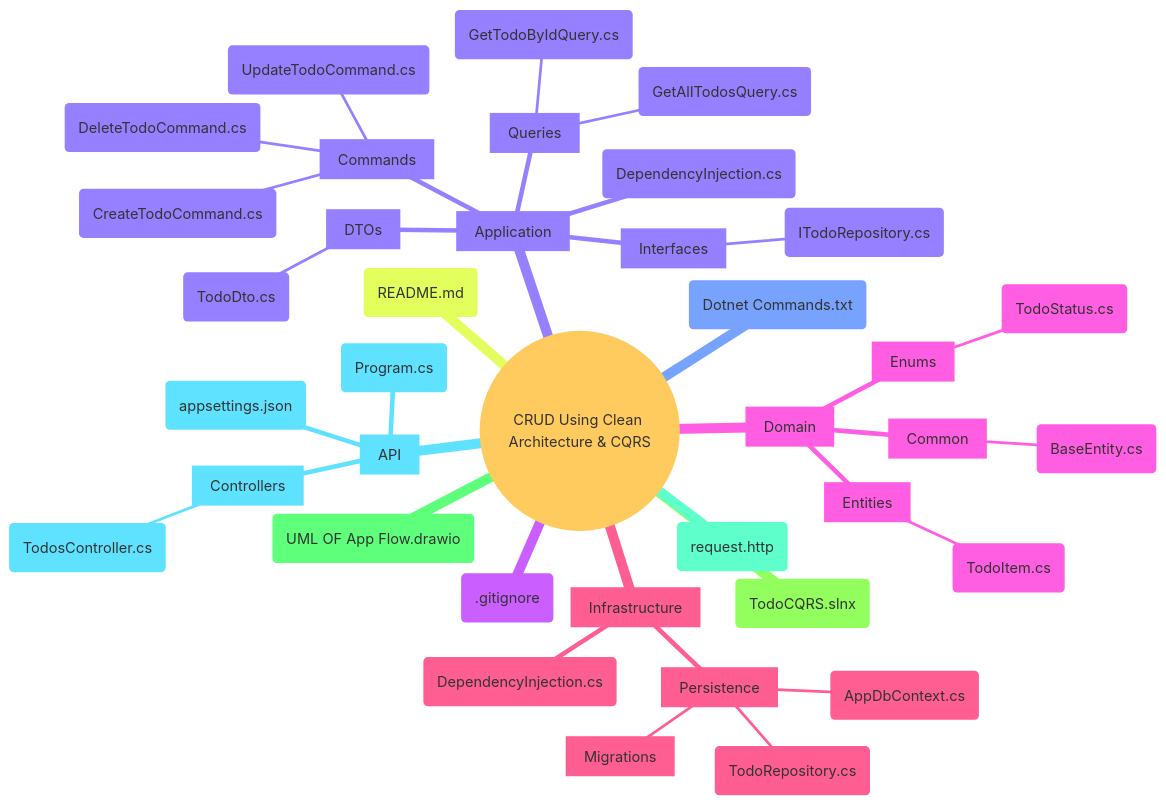
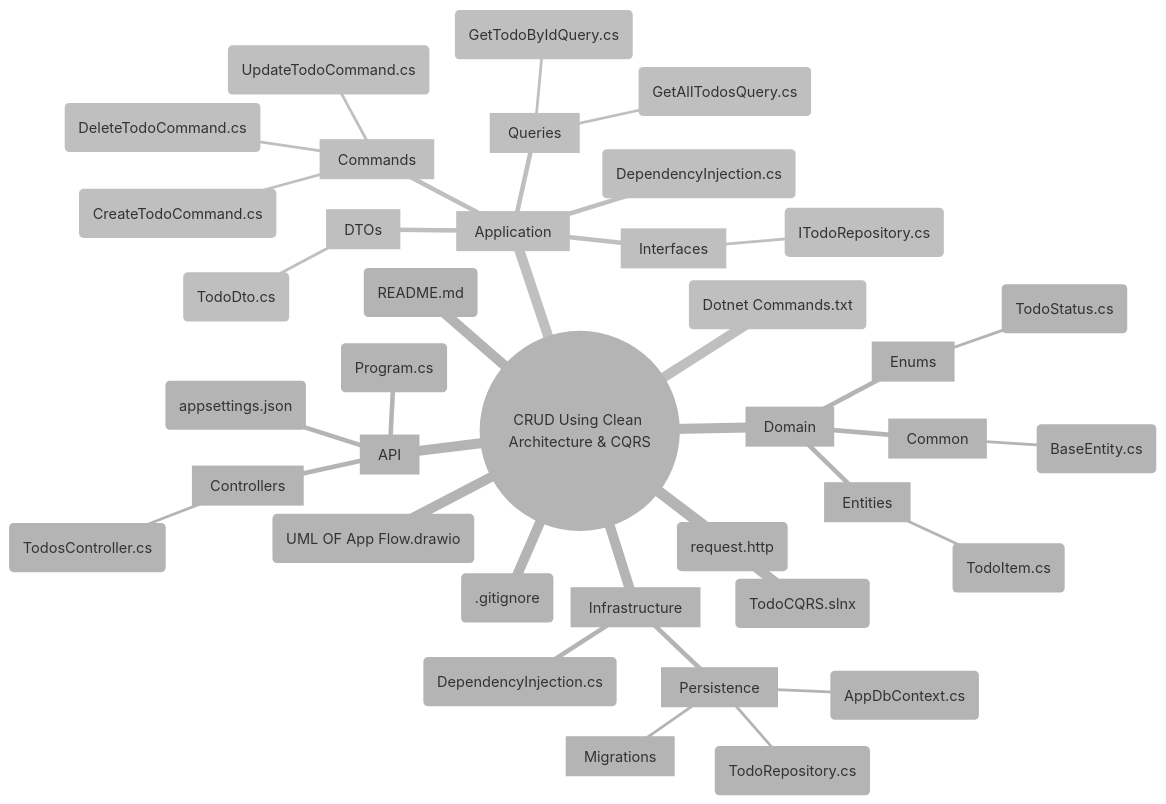
The diagram in README.md (YoussefS3eed/CRUD-Using-Clean-Architecture-and-CQRS), drawn with Mermaid before and after one commit. The commit also changed other lines of this file and 16 other files, not shown here.

````diff
--- a/README.md
+++ b/README.md
@@ -32,42 +51,42 @@
 ```mermaid
-%%{init: {"theme":"base","themeVariables":{"background":"#ffffff"}}}%%
+%%{init: {"theme":"base","themeVariables":{"background":"#ffffff", "primaryColor":"#f4f4f4", "primaryBorderColor":"#333", "lineColor":"#333"}}}%%
 mindmap
   root(("CRUD Using Clean Architecture & CQRS"))
     (.gitignore)
     (Dotnet Commands.txt)
     (README.md)
     (TodoCQRS.slnx)
     (UML OF App Flow.drawio)
     (request.http)
     [API]
       [Controllers]
         (TodosController.cs)
       (Program.cs)
       (appsettings.json)
     [Application]
       [Commands]
         (CreateTodoCommand.cs)
         (UpdateTodoCommand.cs)
         (DeleteTodoCommand.cs)
       [Queries]
         (GetAllTodosQuery.cs)
         (GetTodoByIdQuery.cs)
       [DTOs]
         (TodoDto.cs)
       [Interfaces]
         (ITodoRepository.cs)
       (DependencyInjection.cs)
     [Domain]
       [Entities]
         (TodoItem.cs)
       [Common]
         (BaseEntity.cs)
       [Enums]
         (TodoStatus.cs)
     [Infrastructure]
       [Persistence]
         (AppDbContext.cs)
         [Migrations]
         (TodoRepository.cs)
       (DependencyInjection.cs)
 ```
````
